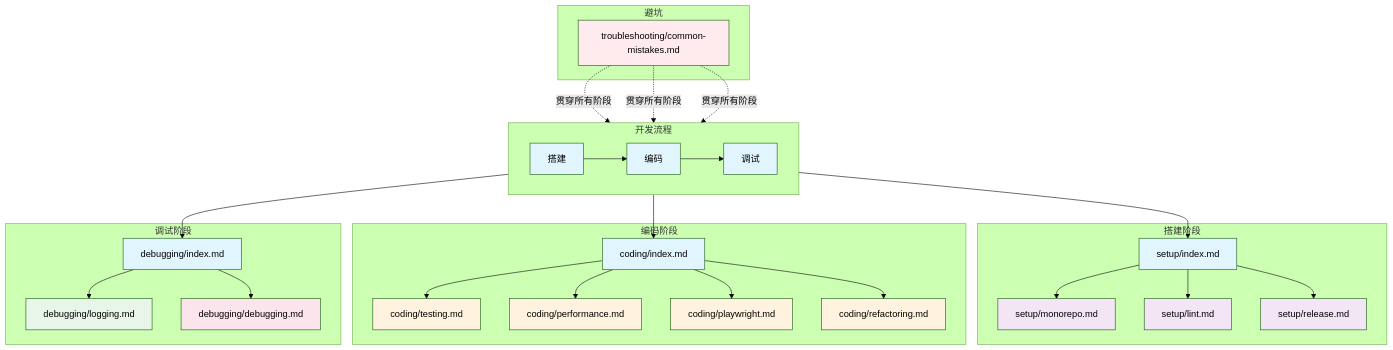
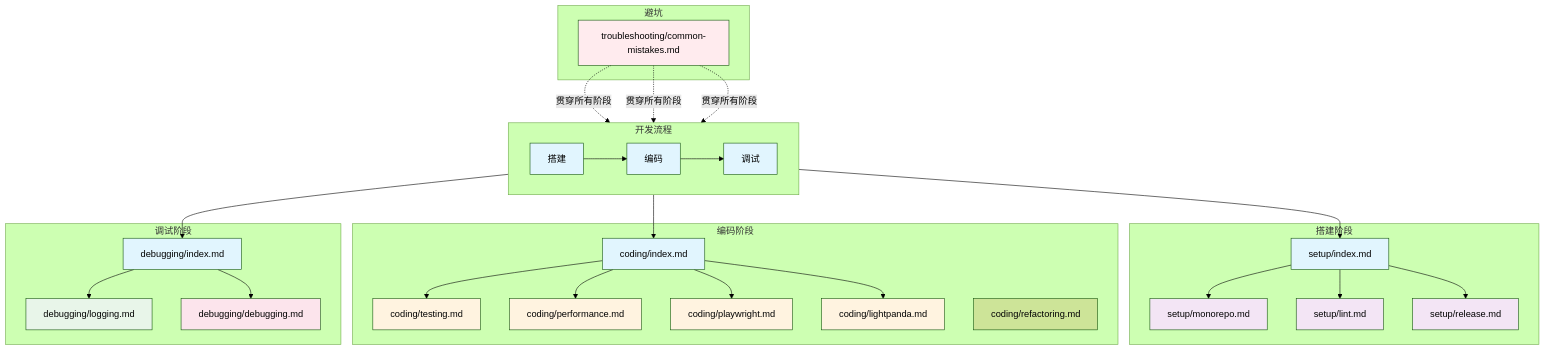
One commit to builden/bd-box changed the fourth of 4 diagrams in plugins/bd-dev/skills/bun-best-practices/README.md. Above: the diagram before and after it, drawn with Mermaid (forest theme). The commit also changed other lines of this file and 3 other files, not shown here.

````diff
--- a/plugins/bd-dev/skills/bun-best-practices/README.md
+++ b/plugins/bd-dev/skills/bun-best-practices/README.md
@@ -183,68 +186,69 @@
 ```mermaid
 graph TB
     subgraph 开发流程
         direction LR
         S[搭建] --> C[编码] --> D[调试]
     end
 
     subgraph 搭建阶段
         S1[setup/index.md]
         S2[setup/monorepo.md]
         S3[setup/lint.md]
         S4[setup/release.md]
     end
 
     subgraph 编码阶段
         C1[coding/index.md]
         C2[coding/testing.md]
         C3[coding/performance.md]
         C4[coding/playwright.md]
-        C5[coding/refactoring.md]
+        C5[coding/lightpanda.md]
+        C6[coding/refactoring.md]
     end
 
     subgraph 调试阶段
         D1[debugging/index.md]
         D2[debugging/logging.md]
         D3[debugging/debugging.md]
     end
 
     subgraph 避坑
         TR[troubleshooting/common-mistakes.md]
     end
 
     S --> S1
     S1 --> S2
     S1 --> S3
     S1 --> S4
 
     C --> C1
     C1 --> C2
     C1 --> C3
     C1 --> C4
     C1 --> C5
 
     D --> D1
     D1 --> D2
     D1 --> D3
 
     TR -.->|贯穿所有阶段| S
     TR -.->|贯穿所有阶段| C
     TR -.->|贯穿所有阶段| D
 
     style S fill:#e1f5fe
     style S1 fill:#e1f5fe
     style S2 fill:#f3e5f5
     style S3 fill:#f3e5f5
     style S4 fill:#f3e5f5
     style C fill:#e1f5fe
     style C1 fill:#e1f5fe
     style C2 fill:#fff3e0
     style C3 fill:#fff3e0
     style C4 fill:#fff3e0
     style C5 fill:#fff3e0
     style D fill:#e1f5fe
     style D1 fill:#e1f5fe
     style D2 fill:#e8f5e9
     style D3 fill:#fce4ec
     style TR fill:#ffebee
 ```
````
